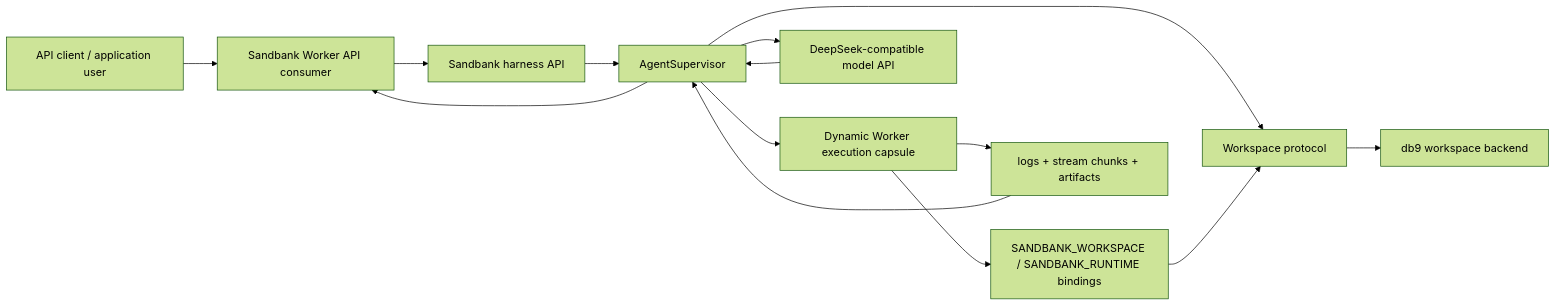
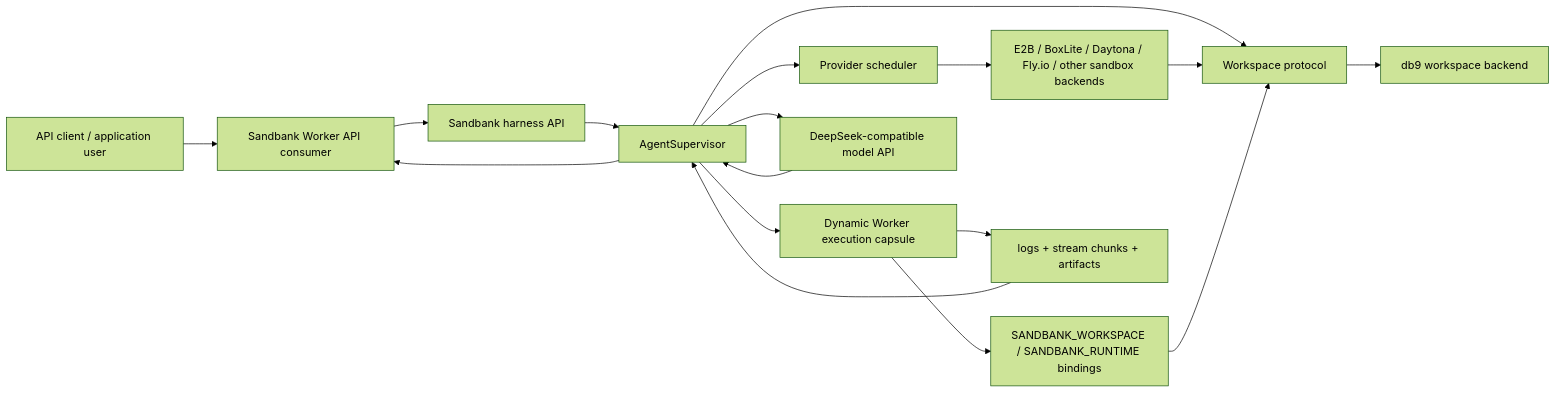
One commit to chekusu/sandbank changed the diagram in docs/dynamic-worker-harness-architecture.md. Above: the diagram before and after it, drawn with Mermaid (forest theme). The commit also changed other lines of this file and 11 other files, not shown here.

````diff
--- a/docs/dynamic-worker-harness-architecture.md
+++ b/docs/dynamic-worker-harness-architecture.md
@@ -5,16 +5,19 @@
 ```mermaid
 flowchart LR
   user["API client / application user"] --> client["Sandbank Worker API consumer"]
   client --> harness["Sandbank harness API"]
   harness --> supervisor["AgentSupervisor"]
   supervisor --> workspace["Workspace protocol"]
   workspace --> db9["db9 workspace backend"]
   supervisor --> capsule["Dynamic Worker execution capsule"]
+  supervisor --> scheduler["Provider scheduler"]
+  scheduler --> providers["E2B / BoxLite / Daytona / Fly.io / other sandbox backends"]
+  providers --> workspace
   capsule --> bindings["SANDBANK_WORKSPACE / SANDBANK_RUNTIME bindings"]
   bindings --> workspace
   capsule --> logs["logs + stream chunks + artifacts"]
   logs --> supervisor
   supervisor --> model["DeepSeek-compatible model API"]
   model --> supervisor
   supervisor --> client
 ```
````
